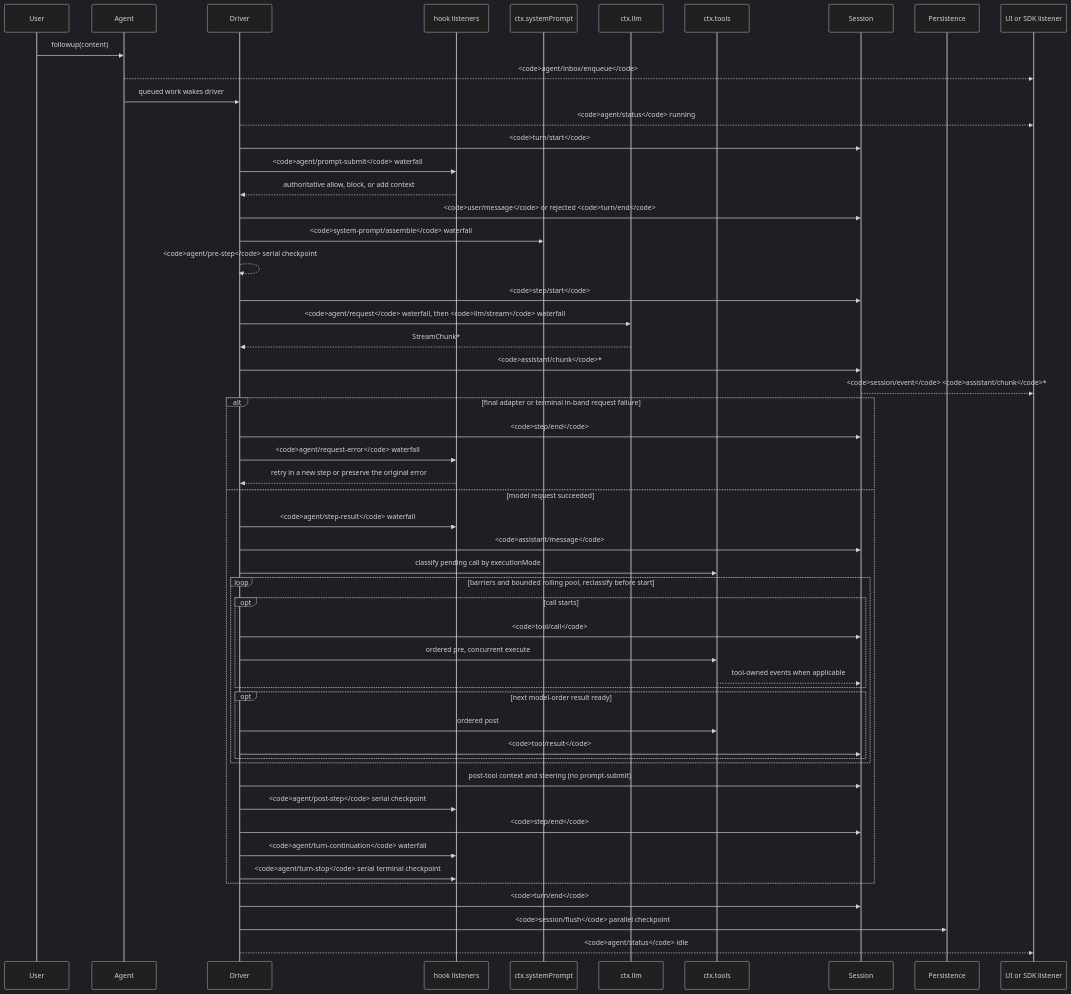
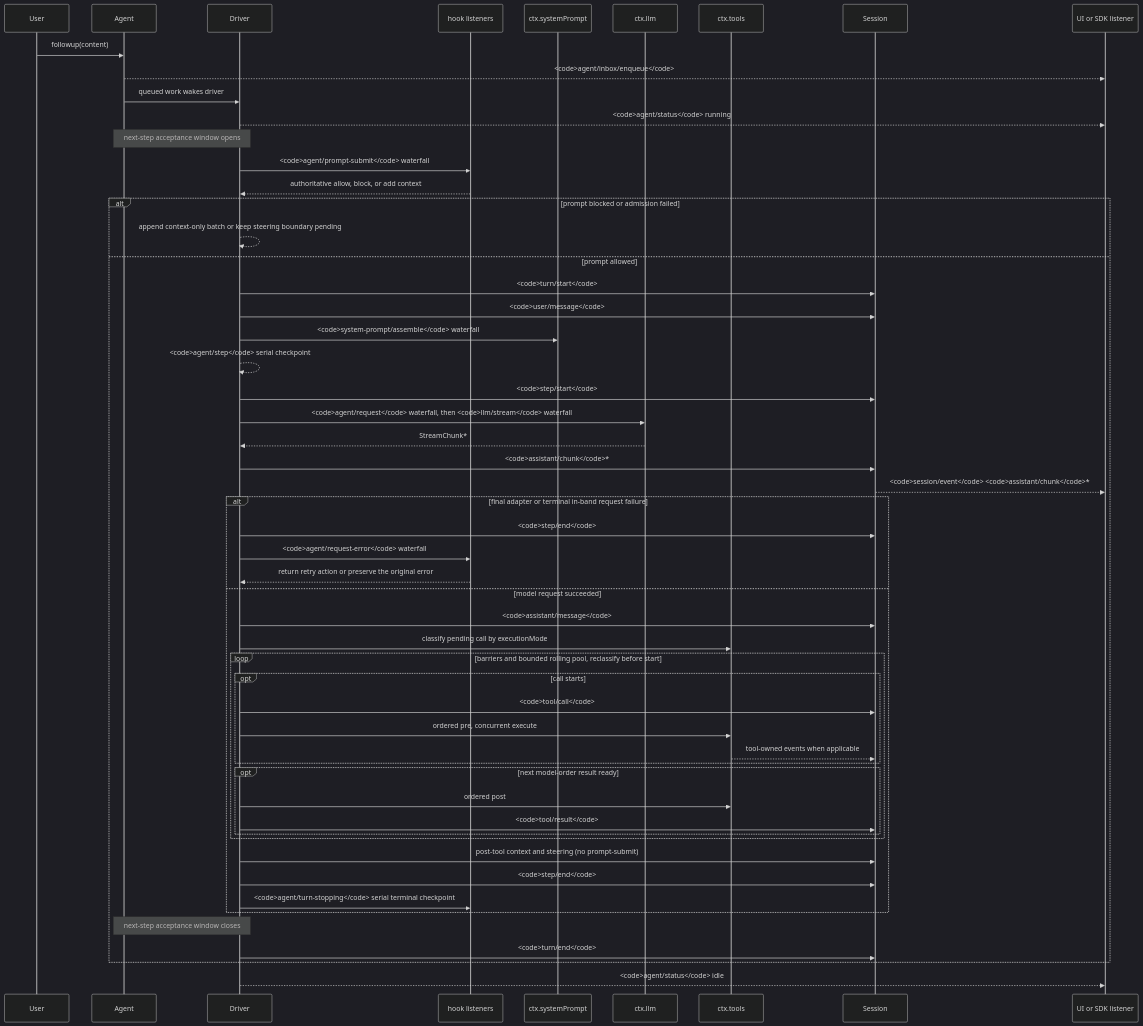
Before and after one commit to eru123/coco-harness: the diagram in docs/agent-lifecycle.md, drawn with Mermaid (dark theme). The commit also changed other lines of this file and 386 other files, not shown here.

First line of the commit message:
Merge pull request #585 from deepseek-harness/xtr/agent-loop-message-machine

````diff
--- a/docs/agent-lifecycle.md
+++ b/docs/agent-lifecycle.md
@@ -8,56 +8,57 @@
 ```mermaid
 sequenceDiagram
   participant User
   participant Agent
   participant Driver
   participant Hooks as hook listeners
   participant Prompt as ctx.systemPrompt
   participant LLM as ctx.llm
   participant Tools as ctx.tools
   participant Session
-  participant Persistence
   participant SDK as UI or SDK listener
   User->>Agent: followup(content)
   Agent-->>SDK: <code>agent/inbox/enqueue</code>
   Agent->>Driver: queued work wakes driver
   Driver-->>SDK: <code>agent/status</code> running
-  Driver->>Session: <code>turn/start</code>
+  Note over Agent,Driver: next-step acceptance window opens
   Driver->>Hooks: <code>agent/prompt-submit</code> waterfall
   Hooks-->>Driver: authoritative allow, block, or add context
-  Driver->>Session: <code>user/message</code> or rejected <code>turn/end</code>
+  alt prompt blocked or admission failed
+    Driver-->>Driver: append context-only batch or keep steering boundary pending
+  else prompt allowed
+  Driver->>Session: <code>turn/start</code>
+  Driver->>Session: <code>user/message</code>
   Driver->>Prompt: <code>system-prompt/assemble</code> waterfall
-  Driver-->>Driver: <code>agent/pre-step</code> serial checkpoint
+  Driver-->>Driver: <code>agent/step</code> serial checkpoint
   Driver->>Session: <code>step/start</code>
   Driver->>LLM: <code>agent/request</code> waterfall, then <code>llm/stream</code> waterfall
   LLM-->>Driver: StreamChunk*
   Driver->>Session: <code>assistant/chunk</code>*
   Session-->>SDK: <code>session/event</code> <code>assistant/chunk</code>*
   alt final adapter or terminal in-band request failure
     Driver->>Session: <code>step/end</code>
     Driver->>Hooks: <code>agent/request-error</code> waterfall
-    Hooks-->>Driver: retry in a new step or preserve the original error
+    Hooks-->>Driver: return retry action or preserve the original error
   else model request succeeded
-  Driver->>Hooks: <code>agent/step-result</code> waterfall
   Driver->>Session: <code>assistant/message</code>
   Driver->>Tools: classify pending call by executionMode
   loop barriers and bounded rolling pool, reclassify before start
     opt call starts
       Driver->>Session: <code>tool/call</code>
       Driver->>Tools: ordered pre, concurrent execute
       Tools-->>Session: tool-owned events when applicable
     end
     opt next model-order result ready
       Driver->>Tools: ordered post
       Driver->>Session: <code>tool/result</code>
     end
   end
   Driver->>Session: post-tool context and steering (no prompt-submit)
-  Driver->>Hooks: <code>agent/post-step</code> serial checkpoint
   Driver->>Session: <code>step/end</code>
-  Driver->>Hooks: <code>agent/turn-continuation</code> waterfall
-  Driver->>Hooks: <code>agent/turn-stop</code> serial terminal checkpoint
+  Driver->>Hooks: <code>agent/turn-stopping</code> serial terminal checkpoint
   end
+  Note over Agent,Driver: next-step acceptance window closes
   Driver->>Session: <code>turn/end</code>
-  Driver->>Persistence: <code>session/flush</code> parallel checkpoint
+  end
   Driver-->>SDK: <code>agent/status</code> idle
 ```
````
